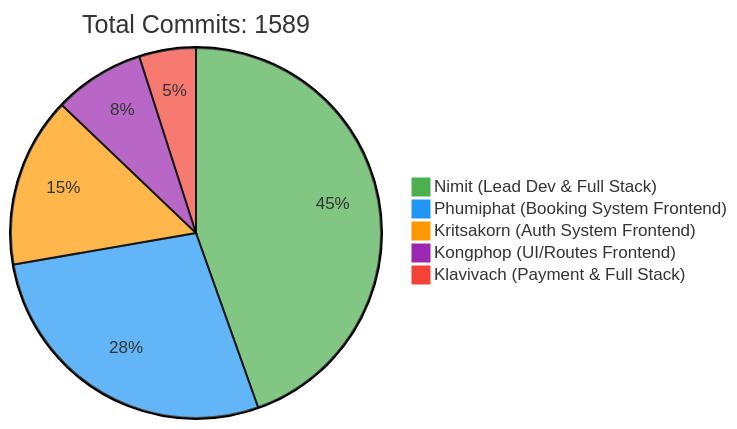
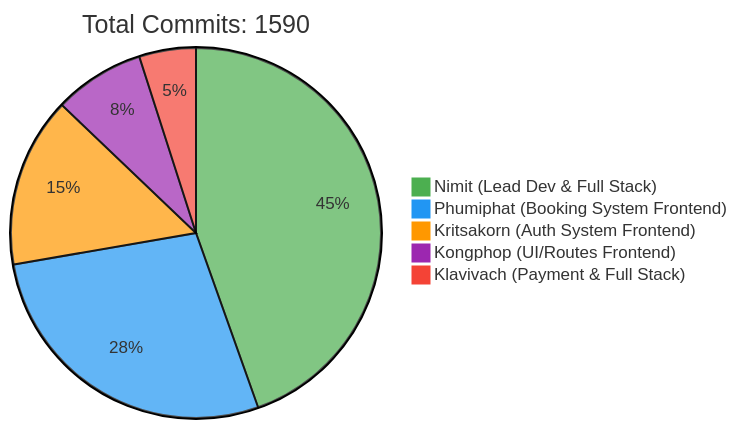
One commit to 6531503042/Sport-Complex changed the first of 2 diagrams in README.md. Above: the diagram before and after it, drawn with Mermaid. The commit also changed other lines of this file, not shown here.

Commit message:
docs: Update contributor statistics [skip ci]

````diff
--- a/README.md
+++ b/README.md
@@ -257,10 +257,10 @@
 ```mermaid
 %%{init: {'theme': 'base', 'themeVariables': { 'pie1': '#4CAF50', 'pie2': '#2196F3', 'pie3': '#FF9800', 'pie4': '#9C27B0', 'pie5': '#F44336'}}}%%
 pie
-    title Total Commits: 1589
+    title Total Commits: 1590
     "Nimit (Lead Dev & Full Stack)" : 450
     "Phumiphat (Booking System Frontend)" : 280
     "Kritsakorn (Auth System Frontend)" : 150
     "Kongphop (UI/Routes Frontend)" : 80
     "Klavivach (Payment & Full Stack)" : 50
 ```
````
